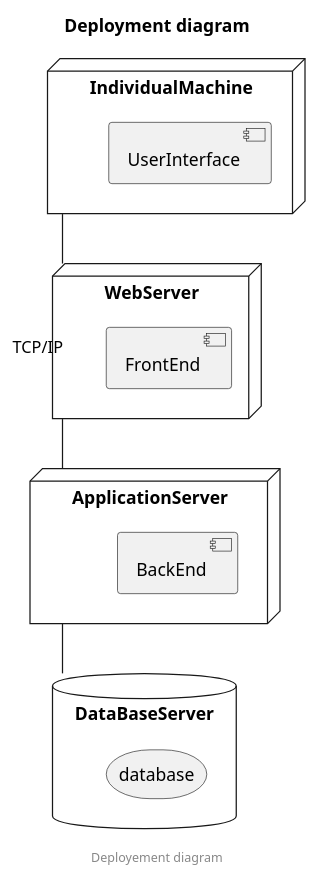
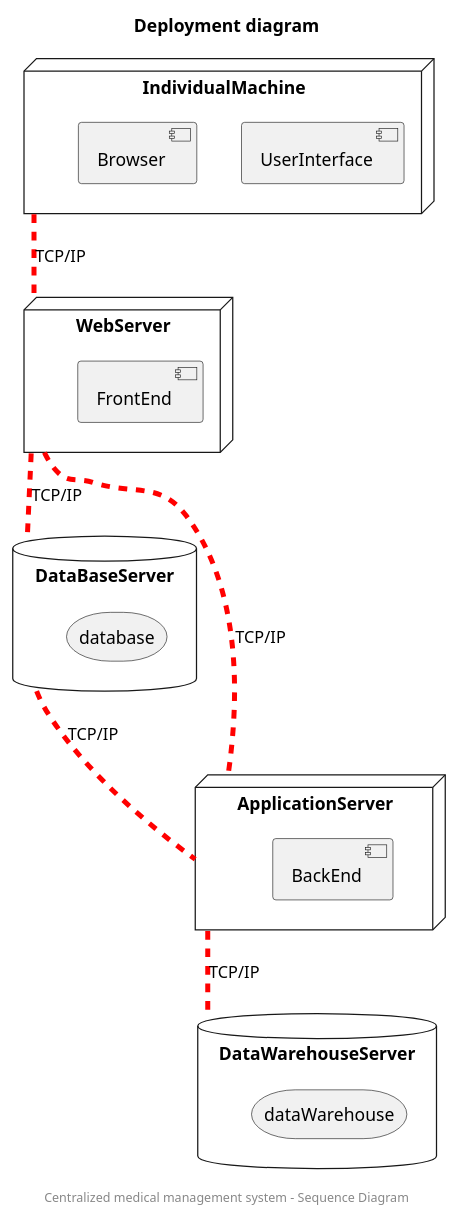
Before and after one commit to AmineSdi/PROJET_JAVAFX: the diagram in Models/plantuml/deployement.puml, drawn with PlantUML. The commit also changed 28 other files, not shown here.

Commit message:
Complète les diagrammes (codage par pairs)

```diff
--- a/Models/plantuml/deployement.puml
+++ b/Models/plantuml/deployement.puml
@@ -1,32 +1,37 @@
 @startuml
 'DOCUMENTATION
 'PLANTUML : https://plantuml.com/fr/deployment-diagram
 'WHAT'S A DEPLOYEMENT DIAGRAM : https://www.lucidchart.com/pages/fr/diagramme-de-deploiement-uml
 title Deployment diagram
-center footer Deployement diagram
+center footer Centralized medical management system - Sequence Diagram
+
+database DataWarehouseServer as DW{
+    storage dataWarehouse
+}
 
 database DataBaseServer as DB{
     storage database
 }
 
 node ApplicationServer as AS{
     component BackEnd
 
 }
 
 node WebServer as WS {
     component FrontEnd
 }
 
 node IndividualMachine as IM{
     component UserInterface
+    component Browser
 }
 
 
-IM -- "TCP/IP" WS
-WS -- AS
-
-'AS -[#red,dashed,thickness=4]- IM : TCP/IP
-AS -- DB
+IM -[#red,dashed,thickness=4]- WS : TCP/IP
+WS -[#red,dashed,thickness=4]- AS : TCP/IP
+WS -[#red,dashed,thickness=4]- DB : TCP/IP
+DB -[#red,dashed,thickness=4]- AS : TCP/IP
+AS -[#red,dashed,thickness=4]- DW : TCP/IP
 
 @enduml
```
